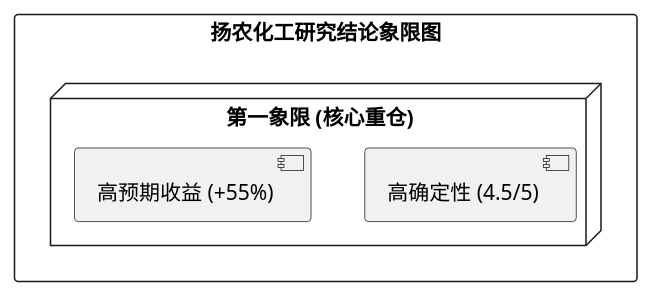
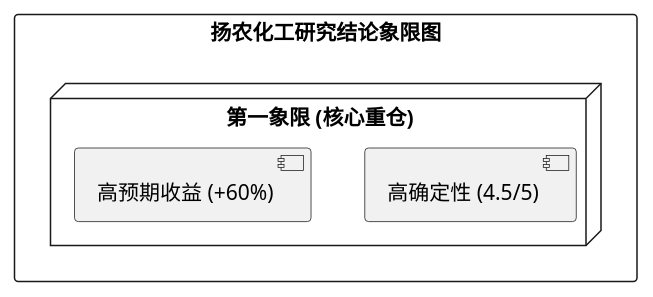
One commit to hrzzzrh/QuantPyLab changed the diagram in investigation/equities/扬农化工/reports/扬农化工投资价值分析报告.md. Above: the diagram before and after it, drawn with PlantUML. The commit also changed other lines of this file and 122 other files, not shown here.

````diff
--- a/investigation/equities/扬农化工/reports/扬农化工投资价值分析报告.md
+++ b/investigation/equities/扬农化工/reports/扬农化工投资价值分析报告.md
@@ -68,10 +57,10 @@
 ```plantuml
 @startuml
 rectangle "扬农化工研究结论象限图" {
   node "第一象限 (核心重仓)" as Q1 {
     [高确定性 (4.5/5)]
-    [高预期收益 (+55%)]
+    [高预期收益 (+60%)]
   }
 }
 @enduml
 ```
````
